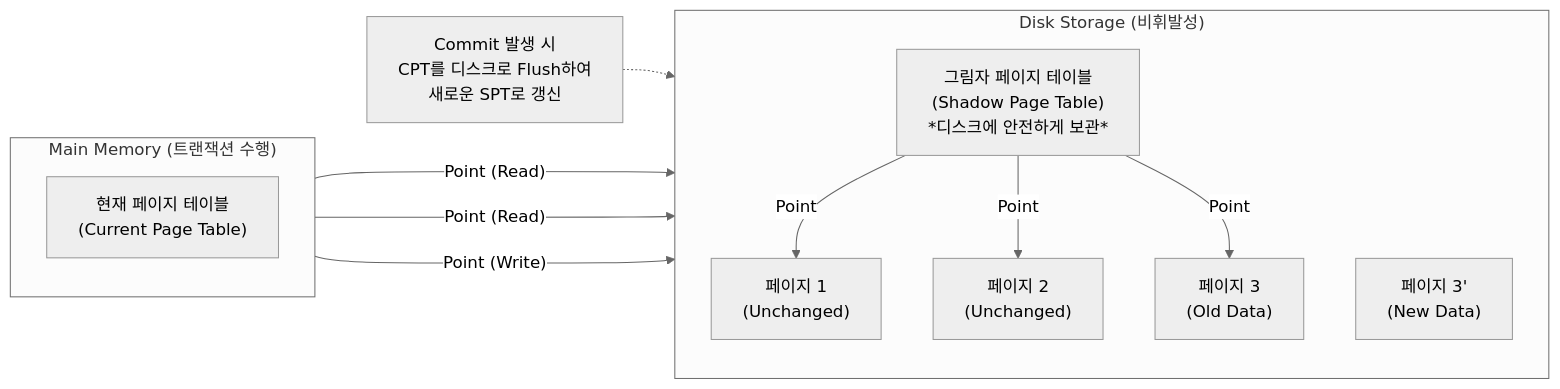
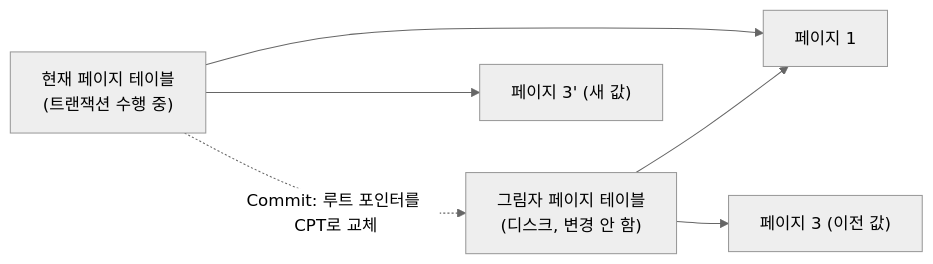
One commit to supremethumb/supremethumb.github.io changed the diagram in content/01_IT Tech/그림자페이지 기법.md. Above: the diagram before and after it, drawn with Mermaid (neutral theme). The commit also changed other lines of this file and 1087 other files, not shown here.

````diff
--- a/content/01_IT Tech/그림자페이지 기법.md
+++ b/content/01_IT Tech/그림자페이지 기법.md
@@ -28,29 +34,8 @@
 ```mermaid
 flowchart LR
-    subgraph Memory["Main Memory (트랜잭션 수행)"]
-        direction TB
-        CPT["현재 페이지 테이블<br/>(Current Page Table)"]
-    end
-
-    subgraph Disk["Disk Storage (비휘발성)"]
-        direction TB
-        SPT["그림자 페이지 테이블<br/>(Shadow Page Table)<br/>*디스크에 안전하게 보관*"]
-        
-        P1["페이지 1<br/>(Unchanged)"]
-        P2["페이지 2<br/>(Unchanged)"]
-        
-        P3_Old["페이지 3<br/>(Old Data)"]
-        P3_New["페이지 3'<br/>(New Data)"]
-    end
-
-    CPT -- "Point (Read)" --> P1
-    CPT -- "Point (Read)" --> P2
-    CPT -- "Point (Write)" ---> P3_New
-    
-    SPT -- "Point" --> P1
-    SPT -- "Point" --> P2
-    SPT -- "Point" --> P3_Old
-    
-    Commit["Commit 발생 시<br/>CPT를 디스크로 Flush하여<br/>새로운 SPT로 갱신"] -.-> SPT
-
+    SPT["그림자 페이지 테이블<br/>(디스크, 변경 안 함)"] --> P1["페이지 1"]
+    SPT --> P3["페이지 3 (이전 값)"]
+    CPT["현재 페이지 테이블<br/>(트랜잭션 수행 중)"] --> P1
+    CPT --> P3N["페이지 3' (새 값)"]
+    CPT -. "Commit: 루트 포인터를 CPT로 교체" .-> SPT
 ```
````
